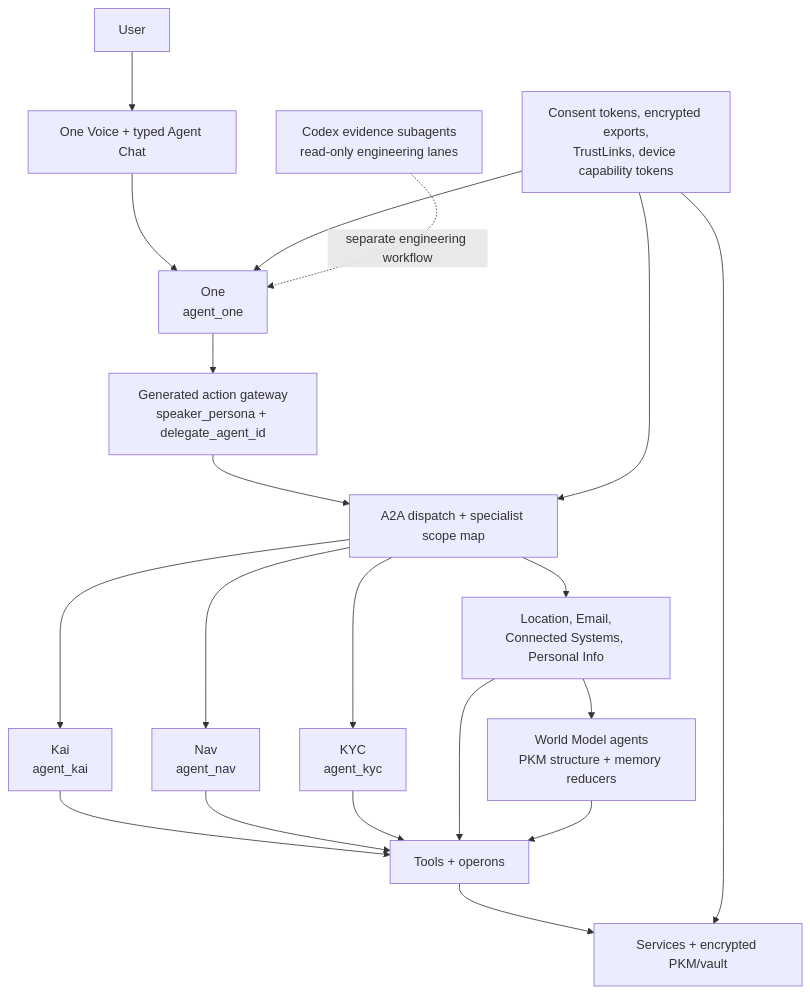
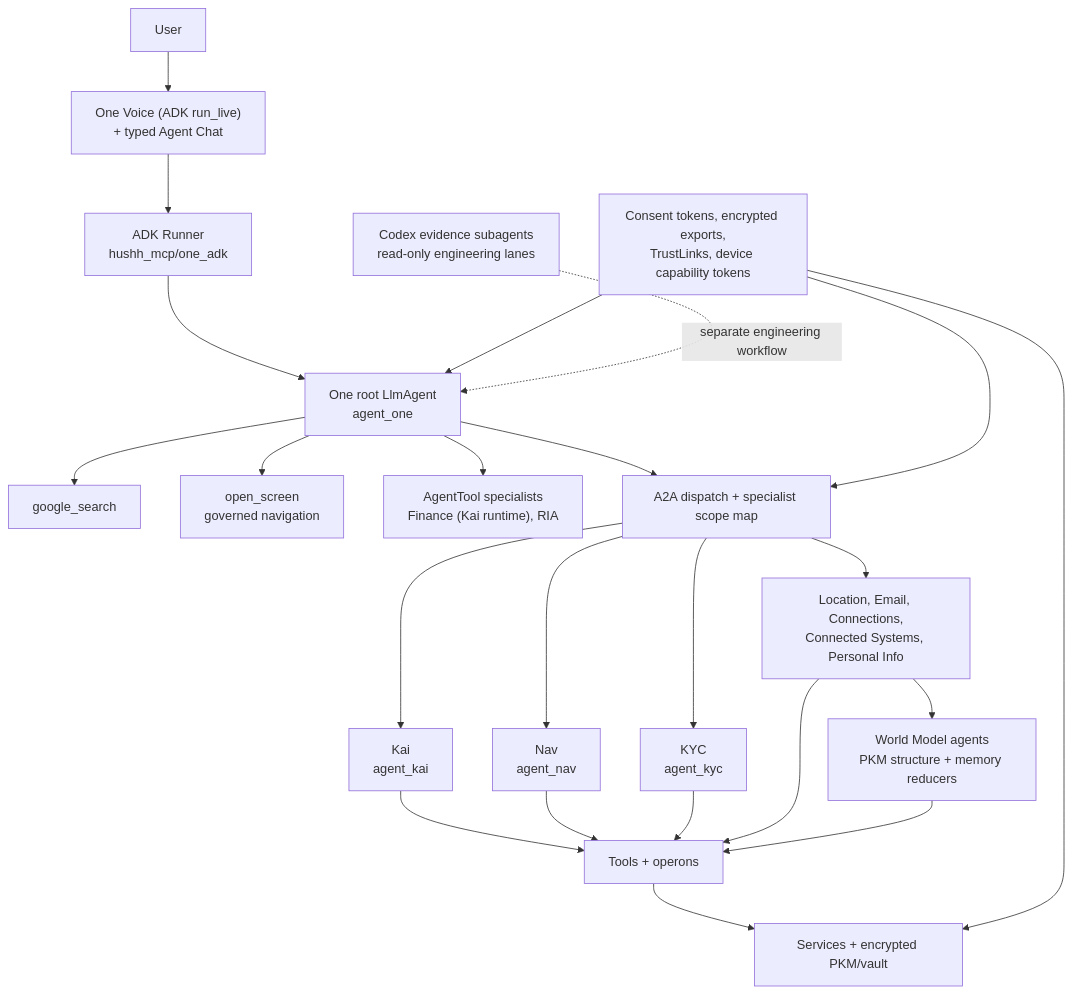
Before and after one commit to hushh-labs/hushh-research: the diagram in docs/reference/one/one-agent-hierarchy.md, drawn with Mermaid. The commit also changed other lines of this file and 1 other file, not shown here.

Commit message:
docs(one): rewrite voice runtime architecture for the ADK runner
- one-voice-runtime-architecture.md now documents the shipped truth: ADK
  Runner.run_live over Vertex, One root LlmAgent tree, wire protocol table,
  relay ticket auth + consent boundary, state_delta directive channel, and
  the chat run_async migration rule (no second agent tree)
- one-agent-hierarchy.md map + execution stack updated: One Voice enters
  through the ADK Runner; roster tools (google_search, open_screen,
  AgentTool Finance/RIA, dispatch-backed specialist turns) shown at One

Verified: ./bin/hushh docs verify parity PASSED

````diff
--- a/docs/reference/one/one-agent-hierarchy.md
+++ b/docs/reference/one/one-agent-hierarchy.md
@@ -5,37 +5,43 @@
 ```mermaid
 flowchart TD
   user["User"]
-  one["One<br/>agent_one"]
-  voice["One Voice + typed Agent Chat"]
-  gateway["Generated action gateway<br/>speaker_persona + delegate_agent_id"]
+  voice["One Voice (ADK run_live)<br/>+ typed Agent Chat"]
+  runner["ADK Runner<br/>hushh_mcp/one_adk"]
+  one["One root LlmAgent<br/>agent_one"]
+  search["google_search"]
+  nav_tool["open_screen<br/>governed navigation"]
+  agenttools["AgentTool specialists<br/>Finance (Kai runtime), RIA"]
   a2a["A2A dispatch + specialist scope map"]
   kai["Kai<br/>agent_kai"]
   nav["Nav<br/>agent_nav"]
   kyc["KYC<br/>agent_kyc"]
-  support["Location, Email,<br/>Connected Systems, Personal Info"]
+  support["Location, Email, Connections,<br/>Connected Systems, Personal Info"]
   memory["World Model agents<br/>PKM structure + memory reducers"]
   operons["Tools + operons"]
   services["Services + encrypted PKM/vault"]
   consent["Consent tokens, encrypted exports,<br/>TrustLinks, device capability tokens"]
   codex["Codex evidence subagents<br/>read-only engineering lanes"]
 
   user --> voice
-  voice --> one
-  one --> gateway
-  gateway --> a2a
+  voice --> runner
+  runner --> one
+  one --> search
+  one --> nav_tool
+  one --> agenttools
+  one --> a2a
   a2a --> kai
   a2a --> nav
   a2a --> kyc
   a2a --> support
   support --> memory
   kai --> operons
   nav --> operons
   kyc --> operons
   support --> operons
   memory --> operons
   operons --> services
   consent --> one
   consent --> a2a
   consent --> services
   codex -.separate engineering workflow.-> one
 ```
````
